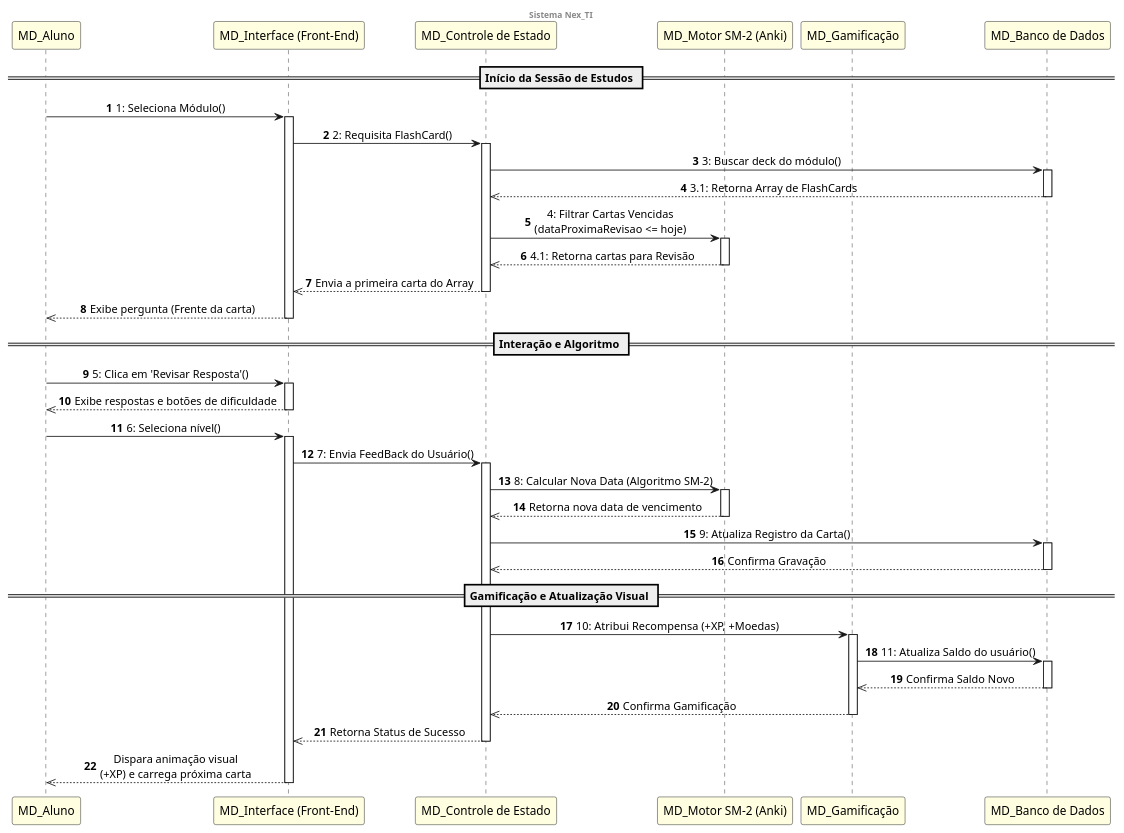
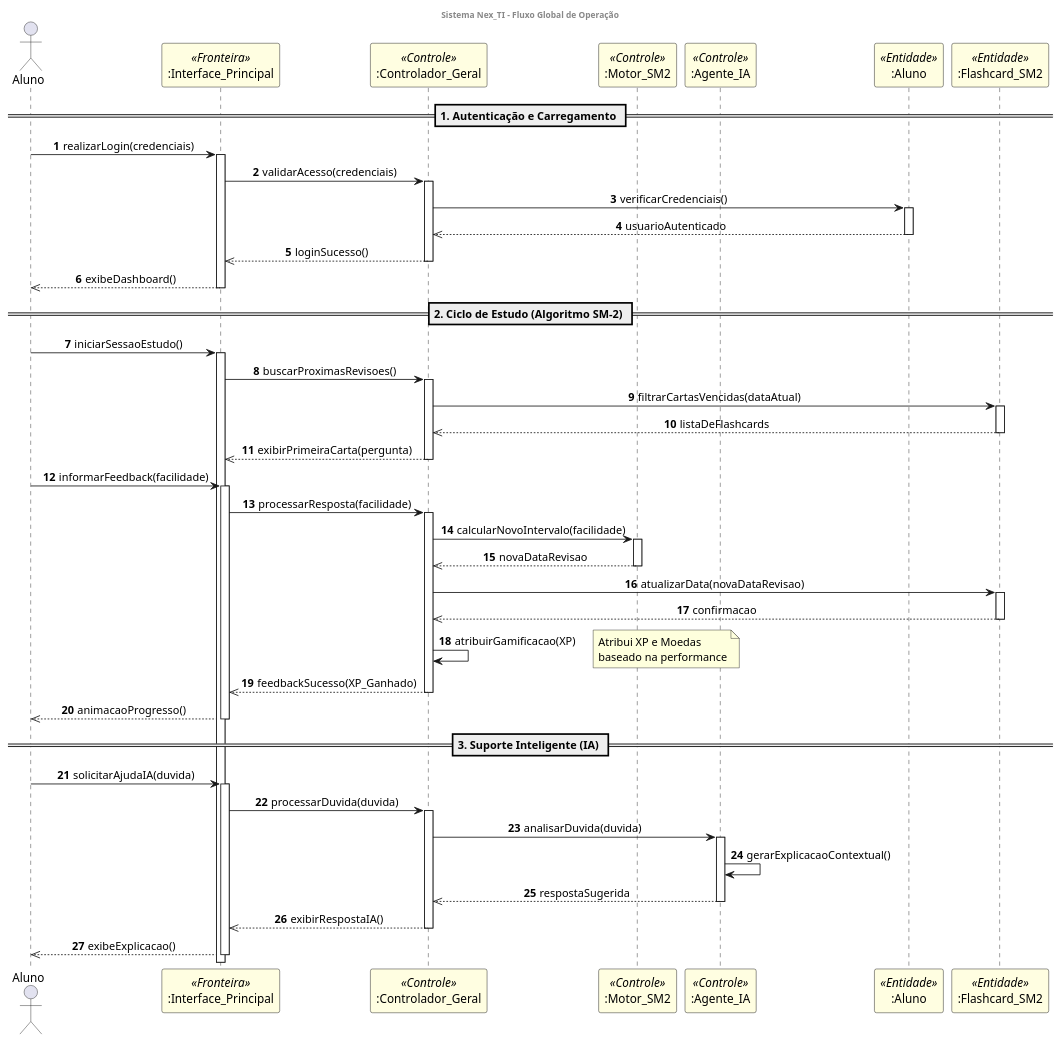
Before and after one commit to MayconDIS/PIM_III-Documentacao_UML: the diagram in 03_Artefatos_Gerados/Diagrama_Sequencia_Global.puml, drawn with PlantUML. The commit also changed other lines of this file and 5 other files, not shown here.

Commit message:
docs: consolidar modelagem UML global e definições de fluxos técnicos

```diff
--- a/03_Artefatos_Gerados/Diagrama_Sequencia_Global.puml
+++ b/03_Artefatos_Gerados/Diagrama_Sequencia_Global.puml
@@ -1,88 +1,106 @@
 @startuml
 ' --- Configurações Estilo Astah ---
 skinparam backgroundColor white
 skinparam shadowing false
 skinparam sequenceMessageAlign center
+skinparam sequenceLogicColor #000000
 
 skinparam participant {
     BackgroundColor #FFFEE1
     BorderColor #000000
 }
 
 center header
-<b>Sistema Nex_TI</b>
+<b>Sistema Nex_TI - Fluxo Global de Operação</b>
 endheader
 
-participant "MD_Aluno" as Aluno
-participant "MD_Interface (Front-End)" as UI
-participant "MD_Controle de Estado" as CTRL
-participant "MD_Motor SM-2 (Anki)" as SM2
-participant "MD_Gamificação" as GAME
-participant "MD_Banco de Dados" as DB
+actor "Aluno" as User
+participant ":Interface_Principal" as UI <<Fronteira>>
+participant ":Controlador_Geral" as CTRL <<Controle>>
+participant ":Motor_SM2" as SM2 <<Controle>>
+participant ":Agente_IA" as IA <<Controle>>
+participant ":Aluno" as EntityAluno <<Entidade>>
+participant ":Flashcard_SM2" as Flashcard <<Entidade>>
 
-== Início da Sessão de Estudos ==
+== 1. Autenticação e Carregamento ==
 
 autonumber
-Aluno -> UI : 1: Seleciona Módulo()
+User -> UI : realizarLogin(credenciais)
 activate UI
 
-UI -> CTRL : 2: Requisita FlashCard()
+UI -> CTRL : validarAcesso(credenciais)
 activate CTRL
 
-CTRL -> DB : 3: Buscar deck do módulo()
-activate DB
-DB -->> CTRL : 3.1: Retorna Array de FlashCards
-deactivate DB
+CTRL -> EntityAluno : verificarCredenciais()
+activate EntityAluno
+EntityAluno -->> CTRL : usuarioAutenticado
+deactivate EntityAluno
 
-CTRL -> SM2 : 4: Filtrar Cartas Vencidas\n(dataProximaRevisao <= hoje)
+CTRL -->> UI : loginSucesso()
+deactivate CTRL
+
+UI -->> User : exibeDashboard()
+deactivate UI
+
+== 2. Ciclo de Estudo (Algoritmo SM-2) ==
+
+User -> UI : iniciarSessaoEstudo()
+activate UI
+
+UI -> CTRL : buscarProximasRevisoes()
+activate CTRL
+
+CTRL -> Flashcard : filtrarCartasVencidas(dataAtual)
+activate Flashcard
+Flashcard -->> CTRL : listaDeFlashcards
+deactivate Flashcard
+
+CTRL -->> UI : exibirPrimeiraCarta(pergunta)
+deactivate CTRL
+
+User -> UI : informarFeedback(facilidade)
+activate UI
+
+UI -> CTRL : processarResposta(facilidade)
+activate CTRL
+
+CTRL -> SM2 : calcularNovoIntervalo(facilidade)
 activate SM2
-SM2 -->> CTRL : 4.1: Retorna cartas para Revisão
+SM2 -->> CTRL : novaDataRevisao
 deactivate SM2
 
-CTRL -->> UI : Envia a primeira carta do Array
+CTRL -> Flashcard : atualizarData(novaDataRevisao)
+activate Flashcard
+Flashcard -->> CTRL : confirmacao
+deactivate Flashcard
+
+CTRL -> CTRL : atribuirGamificacao(XP)
+note right: Atribui XP e Moedas\nbaseado na performance
+
+CTRL -->> UI : feedbackSucesso(XP_Ganhado)
 deactivate CTRL
 
-UI -->> Aluno : Exibe pergunta (Frente da carta)
+UI -->> User : animacaoProgresso()
 deactivate UI
 
-== Interação e Algoritmo ==
+== 3. Suporte Inteligente (IA) ==
 
-Aluno -> UI : 5: Clica em 'Revisar Resposta'()
-activate UI
-UI -->> Aluno : Exibe respostas e botões de dificuldade
-deactivate UI
-
-Aluno -> UI : 6: Seleciona nível()
+User -> UI : solicitarAjudaIA(duvida)
 activate UI
 
-UI -> CTRL : 7: Envia FeedBack do Usuário()
+UI -> CTRL : processarDuvida(duvida)
 activate CTRL
 
-CTRL -> SM2 : 8: Calcular Nova Data (Algoritmo SM-2)
-activate SM2
-SM2 -->> CTRL : Retorna nova data de vencimento
-deactivate SM2
+CTRL -> IA : analisarDuvida(duvida)
+activate IA
+IA -> IA : gerarExplicacaoContextual()
+IA -->> CTRL : respostaSugerida
+deactivate IA
 
-CTRL -> DB : 9: Atualiza Registro da Carta()
-activate DB
-DB -->> CTRL : Confirma Gravação
-deactivate DB
-
-== Gamificação e Atualização Visual ==
-
-CTRL -> GAME : 10: Atribui Recompensa (+XP, +Moedas)
-activate GAME
-GAME -> DB : 11: Atualiza Saldo do usuário()
-activate DB
-DB -->> GAME : Confirma Saldo Novo
-deactivate DB
-GAME -->> CTRL : Confirma Gamificação
-deactivate GAME
-
-CTRL -->> UI : Retorna Status de Sucesso
+CTRL -->> UI : exibirRespostaIA()
 deactivate CTRL
 
-UI -->> Aluno : Dispara animação visual\n(+XP) e carrega próxima carta
+UI -->> User : exibeExplicacao()
 deactivate UI
 
 @enduml
```
